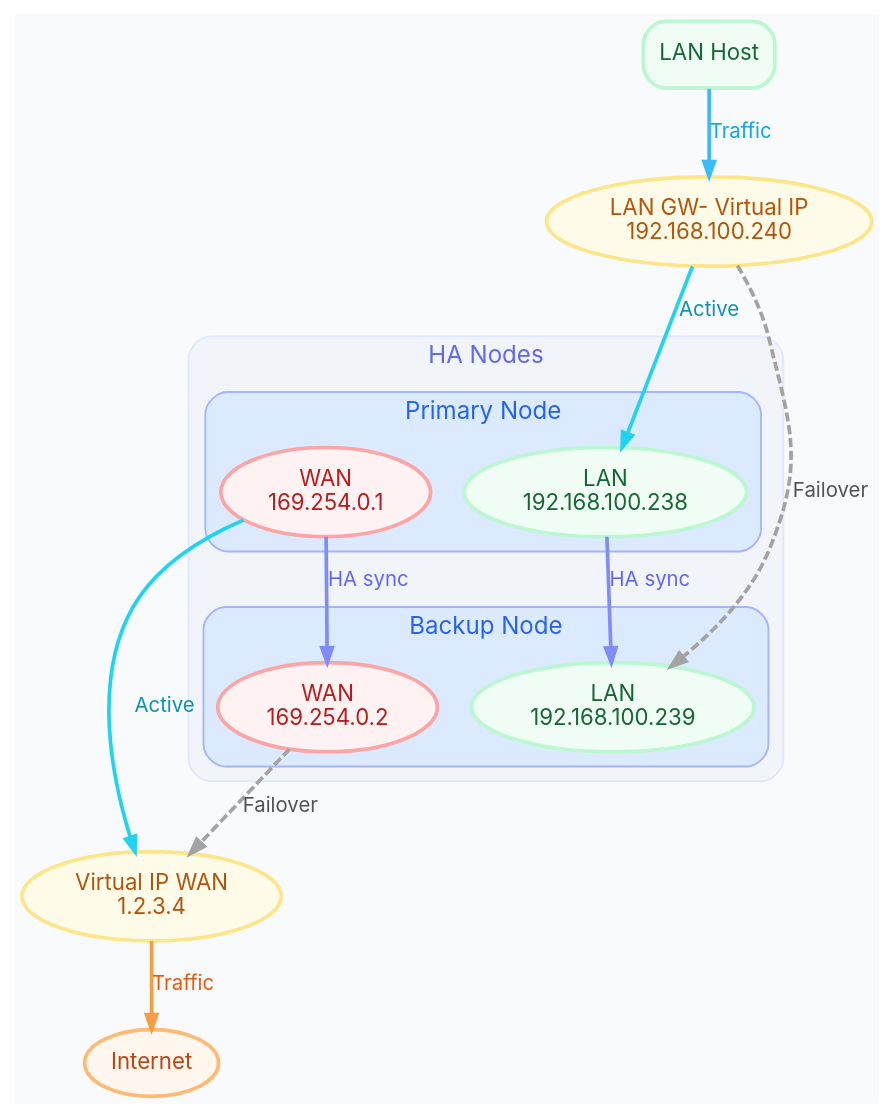
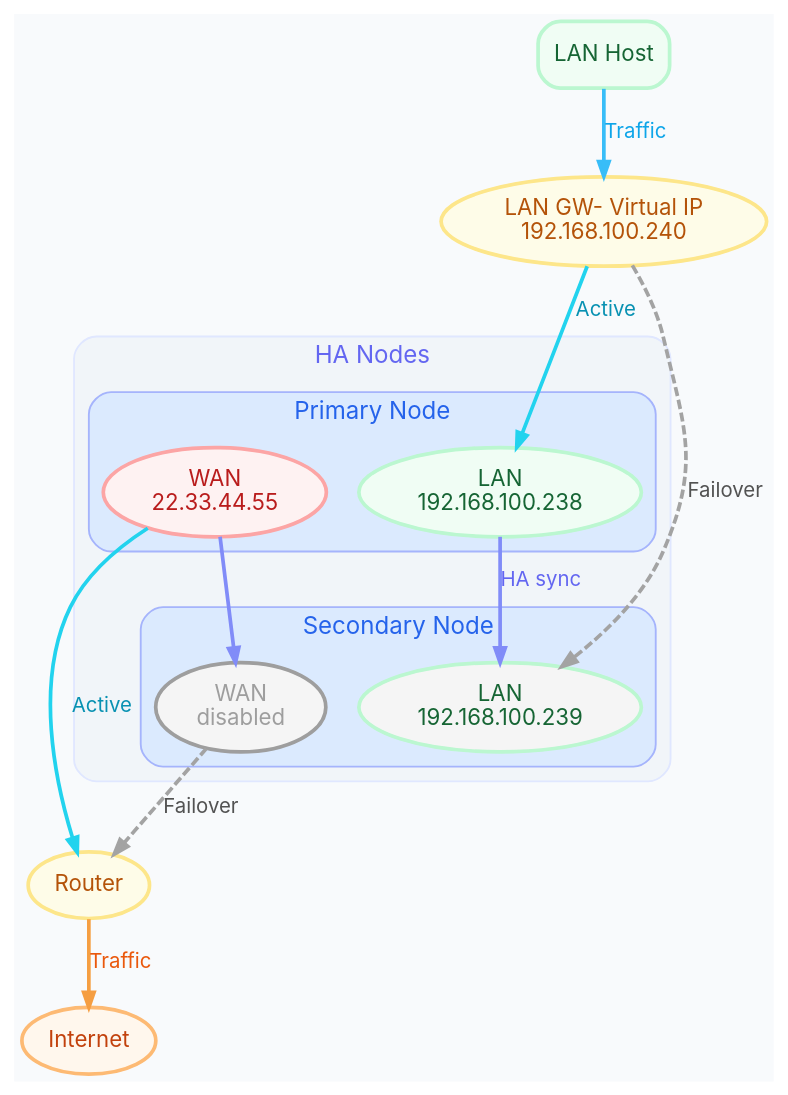
Before and after one commit to NethServer/nethsecurity-docs: the diagram in _static/high_availability.dot, drawn with Graphviz. The commit also changed 5 other files, not shown here.

```diff
--- a/_static/high_availability.dot
+++ b/_static/high_availability.dot
@@ -1,84 +1,84 @@
 digraph HA_Connectivity {
     rankdir=TB;
     bgcolor="#f8fafc"; // Tailwind slate-50
     fontname="Inter";
     fontsize=12;
 
     node [
         shape=box,
         style="filled,rounded",
         fontname="Inter",
         fontsize=12,
         color="#e5e7eb", // Tailwind gray-200
         fillcolor="#f1f5f9", // Tailwind slate-100
         penwidth=2
     ];
 
     edge [
         fontname="Inter",
         fontsize=11,
         color="#94a3b8", // Tailwind slate-400
         arrowsize=0.8,
         penwidth=2
     ];
 
     // 1) Hosts in LAN (top)
     { rank=source; LANHost }
 
     // 2) Virtual IP LAN
     { rank=1; VirtualIP_LAN }
 
     // 3) HA Nodes
     subgraph cluster_ha_nodes {
         label = "HA Nodes";
         style = "filled,rounded";
         color = "#e0e7ff"; // Tailwind indigo-100
         fillcolor = "#f1f5f9"; // Tailwind slate-100
         fontcolor = "#6366f1"; // Tailwind indigo-500
         fontsize=13;
 
         subgraph cluster_primary {
             label = "Primary Node";
             color = "#a5b4fc"; // Tailwind indigo-300
             fillcolor = "#dbeafe"; // Tailwind blue-100
             style = "filled,rounded";
             fontcolor = "#2563eb"; // Tailwind blue-600
             PrimaryLAN [label="LAN\n192.168.100.238", shape=ellipse, color="#bbf7d0", fillcolor="#f0fdf4", fontcolor="#166534"]; // Tailwind green
-            PrimaryWAN [label="WAN\n169.254.0.1", shape=ellipse, color="#fca5a5", fillcolor="#fef2f2", fontcolor="#b91c1c"]; // Tailwind red
+            PrimaryWAN [label="WAN\n22.33.44.55", shape=ellipse, color="#fca5a5", fillcolor="#fef2f2", fontcolor="#b91c1c"]; // Tailwind red
         }
 
         subgraph cluster_backup {
-            label = "Backup Node";
+            label = "Secondary Node";
             color = "#a5b4fc";
             fillcolor = "#dbeafe";
             style = "filled,rounded";
             fontcolor = "#2563eb";
-            BackupLAN [label="LAN\n192.168.100.239", shape=ellipse, color="#bbf7d0", fillcolor="#f0fdf4", fontcolor="#166534"];
-            BackupWAN [label="WAN\n169.254.0.2", shape=ellipse, color="#fca5a5", fillcolor="#fef2f2", fontcolor="#b91c1c"];
+            BackupLAN [label="LAN\n192.168.100.239", shape=ellipse, color="#bbf7d0", fillcolor="#f5f5f5", fontcolor="#166534"];
+            BackupWAN [label="WAN\ndisabled", shape=ellipse, color="#9e9e9e", fillcolor="#f5f5f5", fontcolor="#9e9e9e"];
         }
 
         { rank=2; PrimaryLAN; BackupLAN; PrimaryWAN; BackupWAN }
     }
 
     // 4) Virtual IP WAN
     { rank=3; VirtualIP_WAN }
 
     // 5) Internet (bottom)
     { rank=sink; Internet }
 
     // EXTRA NODE DEFINITIONS
     VirtualIP_LAN [label="LAN GW- Virtual IP\n192.168.100.240", shape=ellipse, color="#fde68a", fillcolor="#fefce8", fontcolor="#b45309"]; // Tailwind yellow
-    VirtualIP_WAN [label="Virtual IP WAN\n1.2.3.4", shape=ellipse, color="#fde68a", fillcolor="#fefce8", fontcolor="#b45309"];
+    VirtualIP_WAN [label="Router", shape=ellipse, color="#fde68a", fillcolor="#fefce8", fontcolor="#b45309"];
     LANHost [label="LAN Host", color="#bbf7d0", fillcolor="#f0fdf4", fontcolor="#166534"];
     Internet [label="Internet", shape=ellipse, color="#fdba74", fillcolor="#fff7ed", fontcolor="#c2410c"]; // Tailwind orange
 
     // EDGES
     LANHost -> VirtualIP_LAN [label="Traffic", color="#38bdf8", fontcolor="#0ea5e9"]; // Tailwind sky
     VirtualIP_LAN -> PrimaryLAN [label="Active", color="#22d3ee", fontcolor="#0891b2"]; // Tailwind cyan
     VirtualIP_LAN -> BackupLAN [label="Failover", style=dashed, color="#a3a3a3", fontcolor="#525252"]; // Tailwind neutral
     PrimaryWAN -> VirtualIP_WAN [label="Active", color="#22d3ee", fontcolor="#0891b2"];
     BackupWAN -> VirtualIP_WAN [label="Failover", style=dashed, color="#a3a3a3", fontcolor="#525252"];
     VirtualIP_WAN -> Internet [label="Traffic", color="#f59e42", fontcolor="#ea580c"]; // Tailwind orange
     PrimaryLAN -> BackupLAN [label="HA sync", color="#818cf8", fontcolor="#6366f1"]; // Tailwind indigo
-    PrimaryWAN -> BackupWAN [label="HA sync", color="#818cf8", fontcolor="#6366f1"];
+    PrimaryWAN -> BackupWAN [label="", color="#818cf8", fontcolor="#6366f1"];
 }
```
